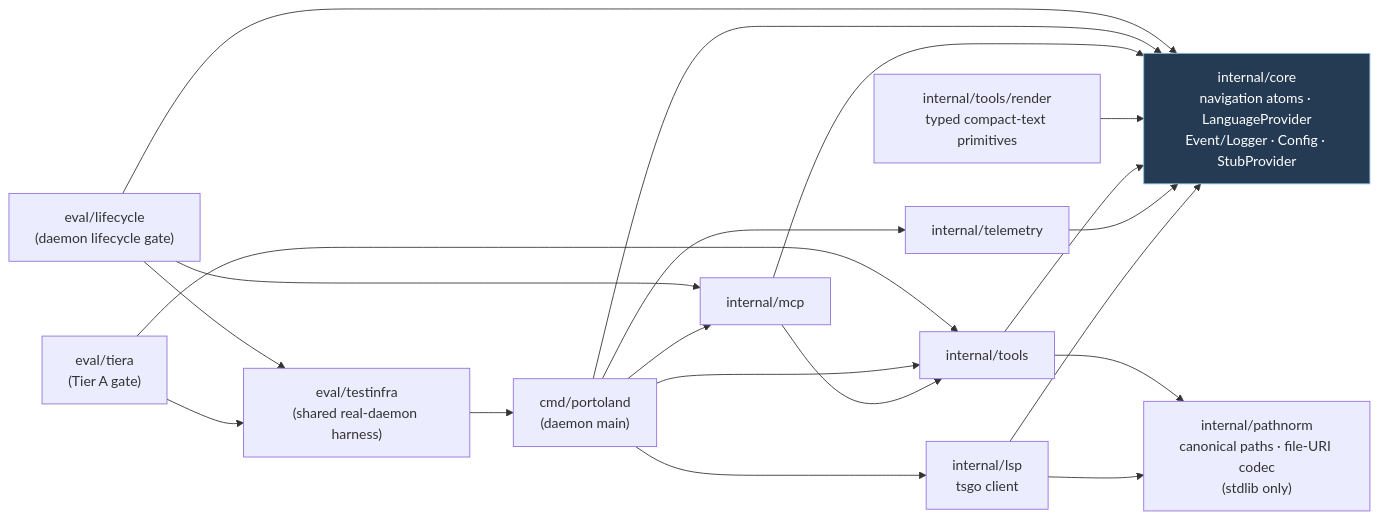
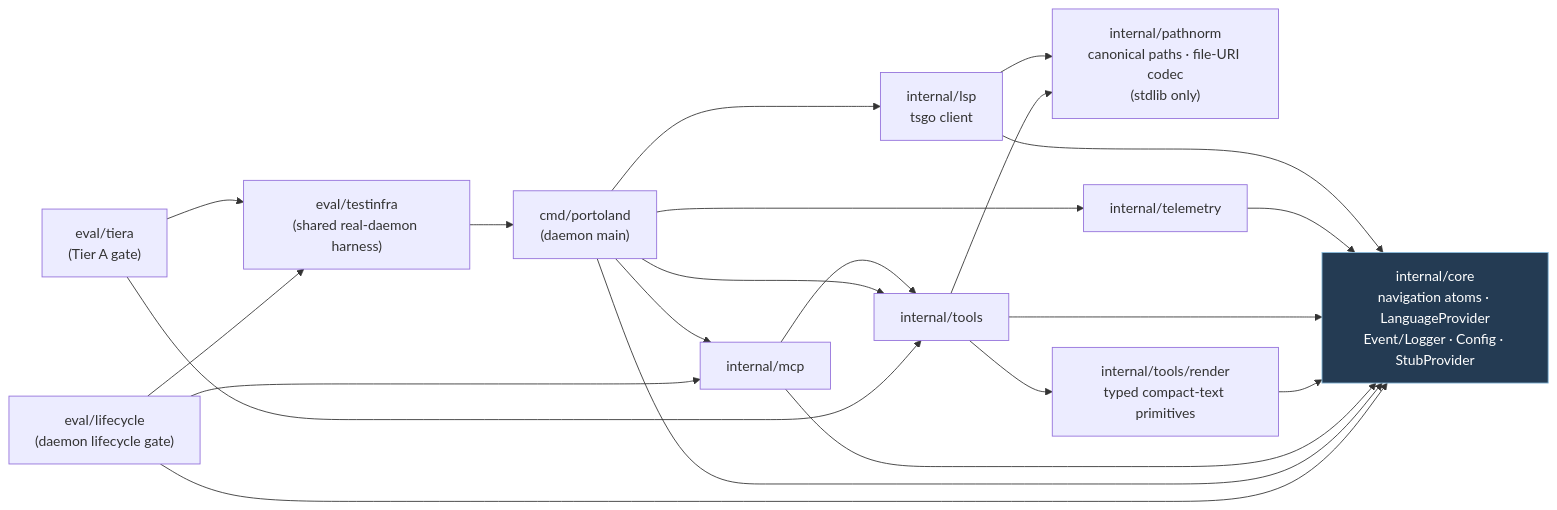
The fourth of 6 diagrams in ARCHITECTURE.md (skflowne/portolan), drawn with Mermaid before and after one commit. The commit also changed other lines of this file and 13 other files, not shown here.

````diff
--- a/ARCHITECTURE.md
+++ b/ARCHITECTURE.md
@@ -239,37 +239,38 @@
 ```mermaid
 flowchart LR
     core["internal/core<br/>navigation atoms · LanguageProvider<br/>Event/Logger · Config · StubProvider"]
     lsp["internal/lsp<br/>tsgo client"]
     path["internal/pathnorm<br/>canonical paths · file-URI codec<br/>(stdlib only)"]
     tel["internal/telemetry"]
     tools["internal/tools"]
     render["internal/tools/render<br/>typed compact-text primitives"]
     mcp["internal/mcp"]
     cmd["cmd/portoland<br/>(daemon main)"]
     eval["eval/tiera<br/>(Tier A gate)"]
     lifecycle["eval/lifecycle<br/>(daemon lifecycle gate)"]
     testinfra["eval/testinfra<br/>(shared real-daemon harness)"]
 
     lsp --> core
     lsp --> path
     tel --> core
     tools --> core
     tools --> path
+    tools --> render
     render --> core
     mcp --> core
     mcp --> tools
     cmd --> core
     cmd --> lsp
     cmd --> tel
     cmd --> mcp
     cmd --> tools
     eval --> tools
     eval --> testinfra
     lifecycle --> testinfra
     lifecycle --> mcp
     lifecycle --> core
     testinfra --> cmd
 
     classDef center fill:#243b53,stroke:#8bd,color:#fff;
     class core center;
 ```
````
